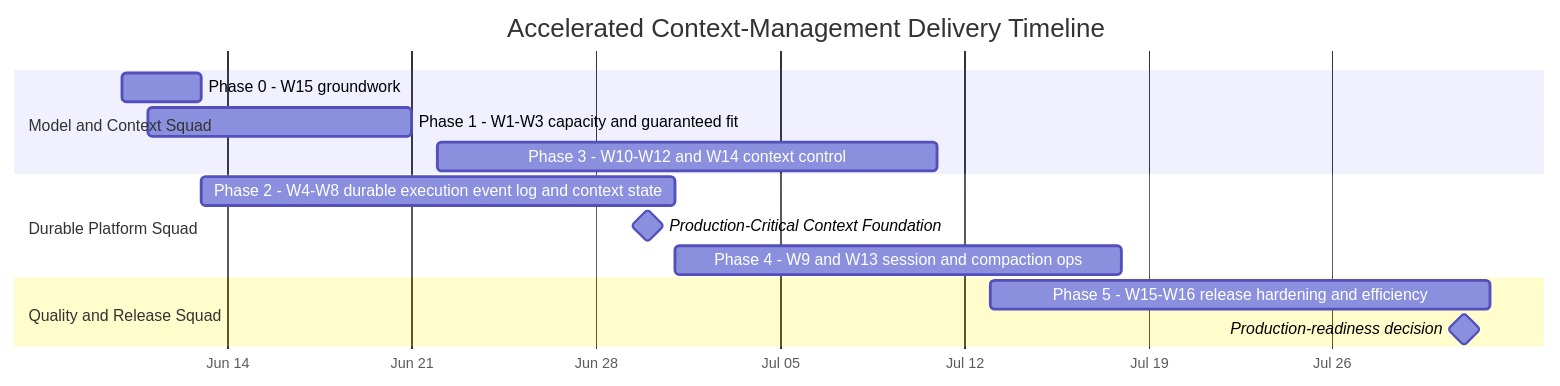
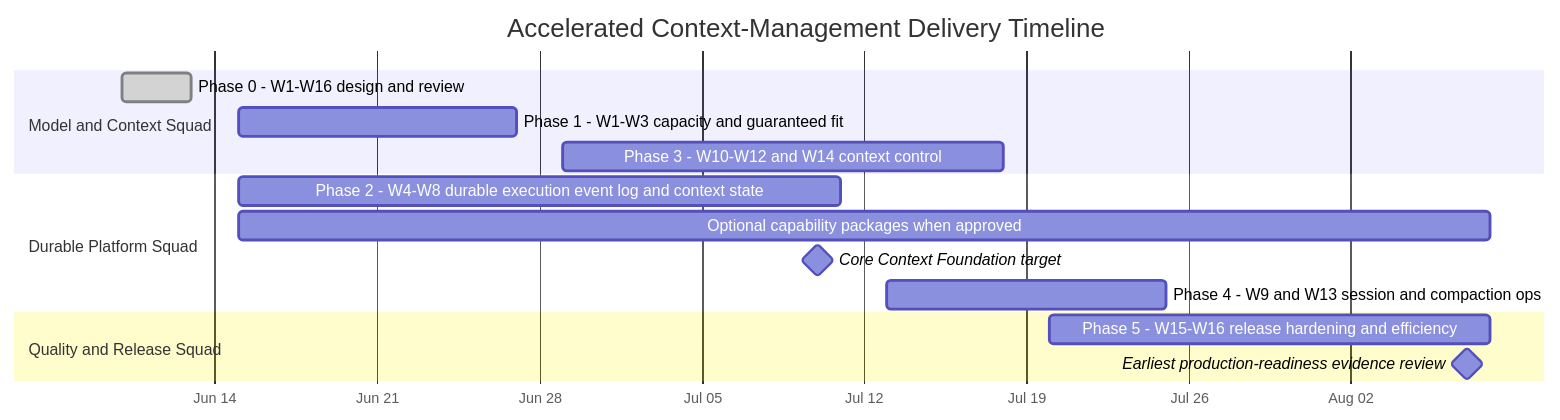
The fifth of 6 diagrams in doc/working/context-management-workstreams/context-management-production-plan.md (ModelEngine-Group/nexent), drawn with Mermaid before and after one commit. The commit also changed other lines of this file and 42 other files, not shown here.

Commit message:
docs: complete context management production review

````diff
--- a/doc/working/context-management-workstreams/context-management-production-plan.md
+++ b/doc/working/context-management-workstreams/context-management-production-plan.md
@@ -859,20 +1123,21 @@
 ```mermaid
 gantt
     title Accelerated Context-Management Delivery Timeline
     dateFormat  YYYY-MM-DD
     axisFormat  %b %d
 
     section Model and Context Squad
-    Phase 0 - W15 groundwork                           :p0, 2026-06-10, 3d
-    Phase 1 - W1-W3 capacity and guaranteed fit        :p1, 2026-06-11, 10d
-    Phase 3 - W10-W12 and W14 context control          :p3, 2026-06-22, 19d
+    Phase 0 - W1-W16 design and review                 :done, p0, 2026-06-10, 3d
+    Phase 1 - W1-W3 capacity and guaranteed fit        :p1, 2026-06-15, 12d
+    Phase 3 - W10-W12 and W14 context control          :p3, 2026-06-29, 19d
 
     section Durable Platform Squad
-    Phase 2 - W4-W8 durable execution event log and context state   :p2, 2026-06-13, 18d
-    Production-Critical Context Foundation             :milestone, m1, 2026-06-30, 0d
-    Phase 4 - W9 and W13 session and compaction ops    :p4, 2026-07-01, 17d
+    Phase 2 - W4-W8 durable execution event log and context state   :p2, 2026-06-15, 26d
+    Optional capability packages when approved         :p17, 2026-06-15, 54d
+    Core Context Foundation target                     :milestone, m1, 2026-07-10, 0d
+    Phase 4 - W9 and W13 session and compaction ops    :p4, 2026-07-13, 12d
 
     section Quality and Release Squad
-    Phase 5 - W15-W16 release hardening and efficiency :p5, 2026-07-13, 19d
-    Production-readiness decision                      :milestone, m2, 2026-07-31, 0d
+    Phase 5 - W15-W16 release hardening and efficiency :p5, 2026-07-20, 19d
+    Earliest production-readiness evidence review      :milestone, m2, 2026-08-07, 0d
 ```
````
